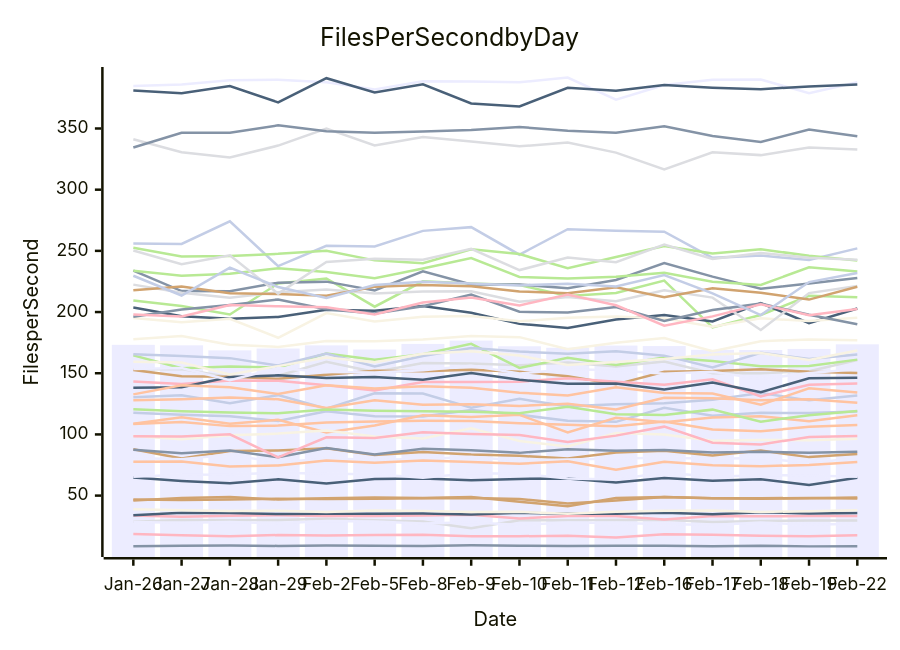
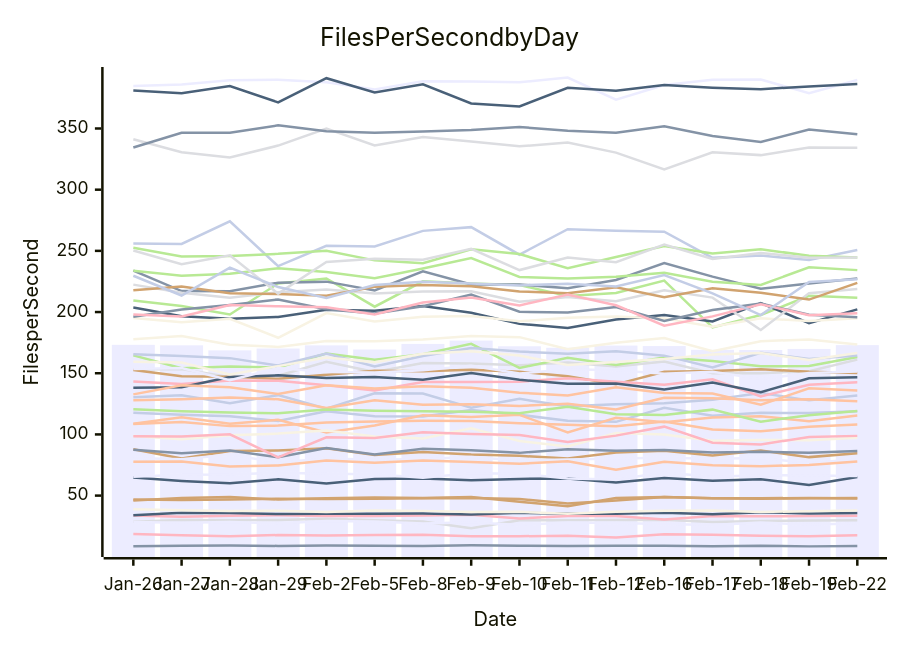
Before and after one commit to streetsidesoftware/cspell: the diagram in perf-report.md, drawn with Mermaid. The commit also changed other lines of this file and 1 other file, not shown here.

````diff
--- a/perf-report.md
+++ b/perf-report.md
@@ -10,57 +10,57 @@
 ```mermaid
 xychart-beta
     title Files Per Second by Day
     y-axis Files per Second
     x-axis Date [Jan-26, Jan-27, Jan-28, Jan-29, Feb-2, Feb-5, Feb-8, Feb-9, Feb-10, Feb-11, Feb-12, Feb-16, Feb-17, Feb-18, Feb-19, Feb-22]
-    bar [173.21, 172.82, 168.69, 170.17, 172.76, 169.39, 173.94, 176.68, 172.01, 170.80, 172.59, 172.20, 169.11, 168.97, 169.87, 173.64]
-    line [8.69, 9.06, 9.17, 8.90, 9.14, 9.10, 8.87, 9.39, 9.10, 8.79, 9.11, 8.93, 8.64, 9.05, 8.51, 8.68]
-    line [108.52, 110.13, 106.78, 107.20, 109.65, 110.63, 111.16, 110.94, 109.21, 107.83, 106.68, 110.60, 103.95, 102.58, 106.20, 107.78]
-    line [28.70, 30.12, 29.90, 29.99, 31.08, 29.80, 28.87, 23.26, 29.91, 29.82, 30.05, 30.35, 28.52, 29.28, 29.65, 29.74]
-    line [209.49, 204.94, 198.04, 223.32, 227.45, 204.37, 225.14, 223.42, 222.08, 213.20, 215.50, 225.73, 187.50, 197.59, 213.32, 212.01]
-    line [87.91, 80.34, 86.50, 86.84, 88.66, 83.22, 85.59, 83.52, 82.54, 80.25, 85.24, 86.74, 82.84, 86.83, 81.45, 84.05]
-    line [130.32, 132.03, 125.54, 132.09, 121.09, 133.64, 133.48, 121.84, 129.06, 122.93, 124.68, 125.50, 128.25, 133.90, 127.83, 131.71]
-    line [33.70, 32.82, 33.62, 33.93, 33.23, 33.25, 33.77, 34.38, 31.28, 33.43, 33.24, 30.53, 33.31, 33.04, 33.28, 33.35]
-    line [203.69, 196.52, 194.52, 195.98, 201.87, 201.12, 204.97, 199.43, 190.33, 187.01, 193.91, 197.53, 192.34, 207.35, 190.87, 202.88]
-    line [195.04, 191.69, 194.48, 178.97, 199.11, 192.32, 196.15, 196.80, 192.49, 195.28, 196.29, 194.83, 188.10, 194.84, 192.66, 195.37]
-    line [80.80, 79.69, 83.58, 77.01, 80.34, 79.32, 79.86, 81.63, 78.70, 79.41, 80.42, 80.99, 80.08, 80.78, 76.61, 80.52]
-    line [233.87, 217.12, 216.93, 224.01, 224.86, 217.64, 233.33, 222.49, 222.54, 219.50, 226.16, 240.10, 228.96, 219.08, 223.33, 227.92]
-    line [127.88, 128.69, 130.23, 128.77, 121.54, 127.82, 124.27, 124.62, 123.31, 125.03, 120.42, 129.98, 129.47, 127.87, 128.69, 125.78]
-    line [152.95, 153.44, 146.68, 148.04, 159.34, 150.93, 158.41, 157.97, 156.56, 158.71, 155.41, 159.62, 150.02, 150.05, 151.55, 160.77]
-    line [233.83, 229.73, 231.27, 235.75, 232.76, 227.56, 235.60, 244.14, 228.71, 227.46, 228.82, 232.02, 224.80, 222.16, 236.53, 233.20]
-    line [152.72, 147.54, 147.09, 145.41, 148.70, 151.93, 151.71, 152.93, 151.27, 147.55, 140.92, 151.13, 151.76, 153.31, 151.18, 150.10]
-    line [256.11, 255.68, 274.20, 237.51, 254.20, 253.57, 266.34, 269.39, 246.86, 267.66, 266.35, 265.66, 244.28, 246.16, 242.48, 252.03]
-    line [18.55, 17.57, 16.82, 17.76, 17.39, 17.79, 18.01, 16.74, 16.81, 17.17, 15.81, 18.35, 18.08, 17.18, 16.76, 17.69]
-    line [33.94, 35.92, 35.70, 34.97, 35.24, 35.24, 35.29, 34.51, 36.01, 35.10, 35.21, 35.98, 34.82, 36.43, 35.46, 35.83]
-    line [38.81, 37.93, 37.35, 37.58, 36.65, 37.87, 37.52, 36.62, 36.71, 35.21, 36.78, 37.62, 37.74, 36.57, 37.30, 37.95]
-    line [384.72, 385.87, 389.43, 389.76, 387.86, 381.95, 388.55, 388.50, 387.75, 391.57, 373.53, 385.59, 389.88, 390.09, 378.81, 387.85]
-    line [87.49, 84.71, 86.94, 81.29, 88.85, 83.51, 88.25, 87.06, 84.92, 87.81, 86.69, 87.24, 85.15, 85.90, 85.00, 85.77]
-    line [77.74, 77.78, 73.82, 74.60, 78.73, 76.88, 78.62, 77.47, 76.02, 78.07, 71.09, 77.64, 74.87, 74.07, 74.98, 77.55]
-    line [222.41, 215.81, 211.64, 216.10, 218.52, 215.06, 216.88, 216.99, 208.40, 212.31, 208.84, 217.81, 211.80, 185.28, 215.46, 221.35]
-    line [164.60, 154.09, 155.59, 154.71, 166.16, 160.94, 165.57, 174.04, 154.30, 162.65, 156.66, 162.87, 159.96, 155.64, 155.90, 161.12]
-    line [217.84, 220.87, 215.44, 214.77, 213.40, 220.70, 222.08, 221.01, 216.87, 215.38, 220.23, 212.12, 219.37, 215.84, 210.18, 220.61]
-    line [117.78, 116.14, 114.78, 110.96, 118.96, 114.84, 114.56, 119.99, 116.03, 111.12, 110.27, 121.81, 115.35, 117.70, 117.45, 118.66]
-    line [143.21, 141.20, 143.98, 143.78, 140.14, 135.87, 142.86, 142.75, 143.10, 145.82, 143.11, 140.65, 144.98, 130.98, 140.65, 141.53]
-    line [64.72, 62.00, 60.00, 63.28, 59.94, 63.60, 64.06, 62.64, 63.65, 63.88, 60.68, 64.42, 62.12, 63.28, 58.66, 64.55]
-    line [177.69, 180.46, 173.36, 171.47, 176.27, 176.08, 177.50, 180.37, 179.50, 169.53, 174.82, 178.71, 168.06, 176.19, 177.57, 177.03]
-    line [65.41, 67.07, 67.22, 68.71, 67.83, 67.42, 64.50, 68.29, 67.95, 63.94, 63.10, 68.79, 65.40, 66.62, 66.45, 65.50]
-    line [196.11, 202.03, 205.84, 210.33, 202.30, 198.84, 204.68, 214.35, 200.27, 199.54, 204.14, 192.69, 201.75, 206.87, 197.87, 189.99]
-    line [108.80, 113.98, 108.63, 112.03, 101.57, 107.21, 115.59, 114.29, 115.98, 101.55, 113.56, 109.85, 113.73, 114.86, 110.85, 115.73]
-    line [341.26, 330.59, 326.24, 336.05, 350.02, 336.18, 342.95, 339.36, 335.43, 338.51, 330.30, 316.59, 330.53, 328.24, 334.55, 332.88]
-    line [252.46, 245.33, 245.88, 247.56, 250.17, 242.23, 239.94, 251.24, 247.36, 235.88, 244.92, 253.98, 247.84, 251.30, 245.99, 242.05]
-    line [46.87, 46.43, 46.80, 47.45, 47.29, 47.35, 47.86, 48.05, 47.30, 43.46, 46.02, 48.76, 47.89, 47.85, 48.05, 47.57]
-    line [165.48, 164.06, 162.34, 156.27, 166.07, 155.61, 164.06, 170.66, 167.78, 165.93, 167.97, 164.38, 154.74, 166.79, 161.65, 165.34]
-    line [197.93, 196.32, 205.82, 204.70, 203.85, 198.04, 207.86, 211.91, 205.36, 214.41, 205.57, 188.86, 196.47, 206.41, 197.46, 202.40]
-    line [138.21, 138.55, 146.90, 148.25, 146.04, 146.87, 144.71, 150.09, 144.64, 141.32, 141.68, 136.63, 142.32, 134.55, 145.82, 146.31]
-    line [98.65, 96.11, 99.25, 100.66, 103.18, 98.24, 96.65, 104.96, 94.67, 90.15, 101.17, 99.92, 94.76, 95.38, 95.32, 96.56]
-    line [28.41, 27.77, 28.43, 27.26, 29.20, 28.78, 27.22, 28.25, 25.94, 28.04, 27.66, 26.73, 25.95, 28.09, 26.29, 26.89]
-    line [334.45, 346.57, 346.60, 352.58, 347.78, 346.57, 347.57, 348.75, 351.19, 348.15, 346.62, 351.78, 343.88, 338.94, 349.19, 343.58]
-    line [132.73, 140.24, 138.48, 133.03, 140.20, 137.55, 139.32, 138.06, 134.03, 131.86, 138.50, 133.91, 133.44, 124.24, 137.70, 134.25]
-    line [250.24, 239.03, 246.34, 215.04, 240.95, 243.60, 242.70, 251.69, 234.31, 244.51, 240.78, 255.22, 243.34, 248.23, 244.44, 242.76]
-    line [120.57, 119.01, 117.99, 117.30, 120.43, 119.43, 118.96, 118.43, 117.39, 122.51, 116.51, 115.88, 120.25, 110.42, 115.69, 119.07]
-    line [46.02, 47.96, 48.80, 46.78, 47.79, 48.42, 47.97, 48.95, 44.92, 41.33, 48.11, 48.93, 47.91, 47.47, 47.85, 48.38]
-    line [229.64, 213.50, 236.23, 220.41, 211.45, 222.13, 224.72, 223.26, 221.76, 223.13, 220.88, 230.21, 215.32, 197.56, 224.48, 231.92]
-    line [98.45, 98.30, 100.11, 81.16, 97.62, 97.16, 101.86, 100.35, 99.46, 93.91, 99.01, 106.34, 93.17, 91.86, 97.86, 98.64]
-    line [381.11, 378.87, 384.64, 371.32, 391.09, 379.53, 386.07, 370.43, 367.95, 383.26, 380.80, 385.48, 383.39, 382.12, 384.41, 385.92]
-    line [159.47, 158.84, 149.03, 155.81, 162.82, 158.93, 165.88, 167.89, 164.45, 156.78, 159.08, 161.56, 165.23, 166.55, 160.76, 168.55]
-    line [153.48, 154.19, 144.39, 154.19, 151.10, 150.58, 152.48, 156.02, 149.70, 153.17, 152.51, 149.58, 151.17, 145.28, 150.19, 153.20]
+    bar [173.21, 172.82, 168.69, 170.17, 172.76, 169.39, 173.94, 176.68, 172.01, 170.80, 172.59, 172.20, 169.11, 168.97, 169.87, 172.98]
+    line [8.69, 9.06, 9.17, 8.90, 9.14, 9.10, 8.87, 9.39, 9.10, 8.79, 9.11, 8.93, 8.64, 9.05, 8.51, 8.82]
+    line [108.52, 110.13, 106.78, 107.20, 109.65, 110.63, 111.16, 110.94, 109.21, 107.83, 106.68, 110.60, 103.95, 102.58, 106.20, 108.11]
+    line [28.70, 30.12, 29.90, 29.99, 31.08, 29.80, 28.87, 23.26, 29.91, 29.82, 30.05, 30.35, 28.52, 29.28, 29.65, 29.91]
+    line [209.49, 204.94, 198.04, 223.32, 227.45, 204.37, 225.14, 223.42, 222.08, 213.20, 215.50, 225.73, 187.50, 197.59, 213.32, 211.68]
+    line [87.91, 80.34, 86.50, 86.84, 88.66, 83.22, 85.59, 83.52, 82.54, 80.25, 85.24, 86.74, 82.84, 86.83, 81.45, 84.69]
+    line [130.32, 132.03, 125.54, 132.09, 121.09, 133.64, 133.48, 121.84, 129.06, 122.93, 124.68, 125.50, 128.25, 133.90, 127.83, 131.83]
+    line [33.70, 32.82, 33.62, 33.93, 33.23, 33.25, 33.77, 34.38, 31.28, 33.43, 33.24, 30.53, 33.31, 33.04, 33.28, 33.57]
+    line [203.69, 196.52, 194.52, 195.98, 201.87, 201.12, 204.97, 199.43, 190.33, 187.01, 193.91, 197.53, 192.34, 207.35, 190.87, 202.16]
+    line [195.04, 191.69, 194.48, 178.97, 199.11, 192.32, 196.15, 196.80, 192.49, 195.28, 196.29, 194.83, 188.10, 194.84, 192.66, 194.88]
+    line [80.80, 79.69, 83.58, 77.01, 80.34, 79.32, 79.86, 81.63, 78.70, 79.41, 80.42, 80.99, 80.08, 80.78, 76.61, 79.75]
+    line [233.87, 217.12, 216.93, 224.01, 224.86, 217.64, 233.33, 222.49, 222.54, 219.50, 226.16, 240.10, 228.96, 219.08, 223.33, 227.43]
+    line [127.88, 128.69, 130.23, 128.77, 121.54, 127.82, 124.27, 124.62, 123.31, 125.03, 120.42, 129.98, 129.47, 127.87, 128.69, 127.09]
+    line [152.95, 153.44, 146.68, 148.04, 159.34, 150.93, 158.41, 157.97, 156.56, 158.71, 155.41, 159.62, 150.02, 150.05, 151.55, 161.12]
+    line [233.83, 229.73, 231.27, 235.75, 232.76, 227.56, 235.60, 244.14, 228.71, 227.46, 228.82, 232.02, 224.80, 222.16, 236.53, 234.26]
+    line [152.72, 147.54, 147.09, 145.41, 148.70, 151.93, 151.71, 152.93, 151.27, 147.55, 140.92, 151.13, 151.76, 153.31, 151.18, 150.27]
+    line [256.11, 255.68, 274.20, 237.51, 254.20, 253.57, 266.34, 269.39, 246.86, 267.66, 266.35, 265.66, 244.28, 246.16, 242.48, 250.69]
+    line [18.55, 17.57, 16.82, 17.76, 17.39, 17.79, 18.01, 16.74, 16.81, 17.17, 15.81, 18.35, 18.08, 17.18, 16.76, 17.65]
+    line [33.94, 35.92, 35.70, 34.97, 35.24, 35.24, 35.29, 34.51, 36.01, 35.10, 35.21, 35.98, 34.82, 36.43, 35.46, 35.82]
+    line [38.81, 37.93, 37.35, 37.58, 36.65, 37.87, 37.52, 36.62, 36.71, 35.21, 36.78, 37.62, 37.74, 36.57, 37.30, 37.92]
+    line [384.72, 385.87, 389.43, 389.76, 387.86, 381.95, 388.55, 388.50, 387.75, 391.57, 373.53, 385.59, 389.88, 390.09, 378.81, 389.65]
+    line [87.49, 84.71, 86.94, 81.29, 88.85, 83.51, 88.25, 87.06, 84.92, 87.81, 86.69, 87.24, 85.15, 85.90, 85.00, 86.53]
+    line [77.74, 77.78, 73.82, 74.60, 78.73, 76.88, 78.62, 77.47, 76.02, 78.07, 71.09, 77.64, 74.87, 74.07, 74.98, 77.94]
+    line [222.41, 215.81, 211.64, 216.10, 218.52, 215.06, 216.88, 216.99, 208.40, 212.31, 208.84, 217.81, 211.80, 185.28, 215.46, 218.78]
+    line [164.60, 154.09, 155.59, 154.71, 166.16, 160.94, 165.57, 174.04, 154.30, 162.65, 156.66, 162.87, 159.96, 155.64, 155.90, 163.21]
+    line [217.84, 220.87, 215.44, 214.77, 213.40, 220.70, 222.08, 221.01, 216.87, 215.38, 220.23, 212.12, 219.37, 215.84, 210.18, 223.87]
+    line [117.78, 116.14, 114.78, 110.96, 118.96, 114.84, 114.56, 119.99, 116.03, 111.12, 110.27, 121.81, 115.35, 117.70, 117.45, 118.98]
+    line [143.21, 141.20, 143.98, 143.78, 140.14, 135.87, 142.86, 142.75, 143.10, 145.82, 143.11, 140.65, 144.98, 130.98, 140.65, 142.71]
+    line [64.72, 62.00, 60.00, 63.28, 59.94, 63.60, 64.06, 62.64, 63.65, 63.88, 60.68, 64.42, 62.12, 63.28, 58.66, 65.22]
+    line [177.69, 180.46, 173.36, 171.47, 176.27, 176.08, 177.50, 180.37, 179.50, 169.53, 174.82, 178.71, 168.06, 176.19, 177.57, 173.54]
+    line [65.41, 67.07, 67.22, 68.71, 67.83, 67.42, 64.50, 68.29, 67.95, 63.94, 63.10, 68.79, 65.40, 66.62, 66.45, 65.96]
+    line [196.11, 202.03, 205.84, 210.33, 202.30, 198.84, 204.68, 214.35, 200.27, 199.54, 204.14, 192.69, 201.75, 206.87, 197.87, 195.71]
+    line [108.80, 113.98, 108.63, 112.03, 101.57, 107.21, 115.59, 114.29, 115.98, 101.55, 113.56, 109.85, 113.73, 114.86, 110.85, 115.55]
+    line [341.26, 330.59, 326.24, 336.05, 350.02, 336.18, 342.95, 339.36, 335.43, 338.51, 330.30, 316.59, 330.53, 328.24, 334.55, 334.21]
+    line [252.46, 245.33, 245.88, 247.56, 250.17, 242.23, 239.94, 251.24, 247.36, 235.88, 244.92, 253.98, 247.84, 251.30, 245.99, 244.54]
+    line [46.87, 46.43, 46.80, 47.45, 47.29, 47.35, 47.86, 48.05, 47.30, 43.46, 46.02, 48.76, 47.89, 47.85, 48.05, 47.66]
+    line [165.48, 164.06, 162.34, 156.27, 166.07, 155.61, 164.06, 170.66, 167.78, 165.93, 167.97, 164.38, 154.74, 166.79, 161.65, 164.42]
+    line [197.93, 196.32, 205.82, 204.70, 203.85, 198.04, 207.86, 211.91, 205.36, 214.41, 205.57, 188.86, 196.47, 206.41, 197.46, 198.95]
+    line [138.21, 138.55, 146.90, 148.25, 146.04, 146.87, 144.71, 150.09, 144.64, 141.32, 141.68, 136.63, 142.32, 134.55, 145.82, 146.65]
+    line [98.65, 96.11, 99.25, 100.66, 103.18, 98.24, 96.65, 104.96, 94.67, 90.15, 101.17, 99.92, 94.76, 95.38, 95.32, 97.21]
+    line [28.41, 27.77, 28.43, 27.26, 29.20, 28.78, 27.22, 28.25, 25.94, 28.04, 27.66, 26.73, 25.95, 28.09, 26.29, 27.30]
+    line [334.45, 346.57, 346.60, 352.58, 347.78, 346.57, 347.57, 348.75, 351.19, 348.15, 346.62, 351.78, 343.88, 338.94, 349.19, 345.26]
+    line [132.73, 140.24, 138.48, 133.03, 140.20, 137.55, 139.32, 138.06, 134.03, 131.86, 138.50, 133.91, 133.44, 124.24, 137.70, 135.81]
+    line [250.24, 239.03, 246.34, 215.04, 240.95, 243.60, 242.70, 251.69, 234.31, 244.51, 240.78, 255.22, 243.34, 248.23, 244.44, 244.52]
+    line [120.57, 119.01, 117.99, 117.30, 120.43, 119.43, 118.96, 118.43, 117.39, 122.51, 116.51, 115.88, 120.25, 110.42, 115.69, 119.13]
+    line [46.02, 47.96, 48.80, 46.78, 47.79, 48.42, 47.97, 48.95, 44.92, 41.33, 48.11, 48.93, 47.91, 47.47, 47.85, 48.08]
+    line [229.64, 213.50, 236.23, 220.41, 211.45, 222.13, 224.72, 223.26, 221.76, 223.13, 220.88, 230.21, 215.32, 197.56, 224.48, 226.76]
+    line [98.45, 98.30, 100.11, 81.16, 97.62, 97.16, 101.86, 100.35, 99.46, 93.91, 99.01, 106.34, 93.17, 91.86, 97.86, 98.81]
+    line [381.11, 378.87, 384.64, 371.32, 391.09, 379.53, 386.07, 370.43, 367.95, 383.26, 380.80, 385.48, 383.39, 382.12, 384.41, 386.39]
+    line [159.47, 158.84, 149.03, 155.81, 162.82, 158.93, 165.88, 167.89, 164.45, 156.78, 159.08, 161.56, 165.23, 166.55, 160.76, 166.50]
+    line [153.48, 154.19, 144.39, 154.19, 151.10, 150.58, 152.48, 156.02, 149.70, 153.17, 152.51, 149.58, 151.17, 145.28, 150.19, 151.33]
 ```
````
